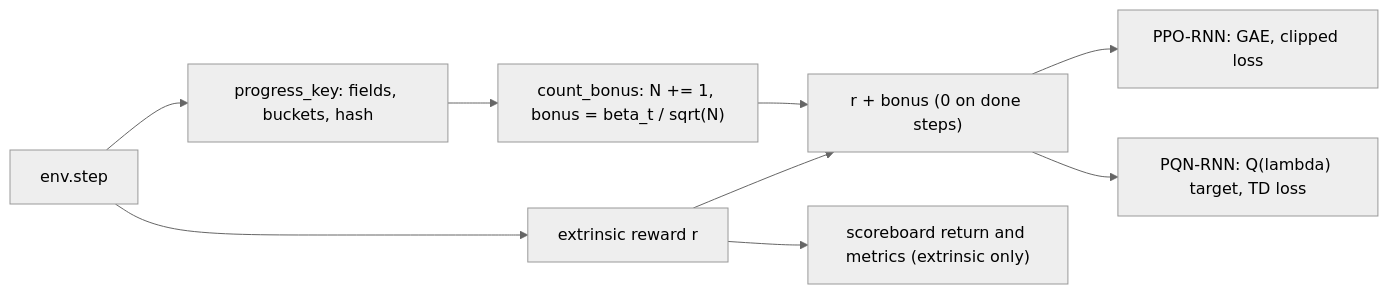
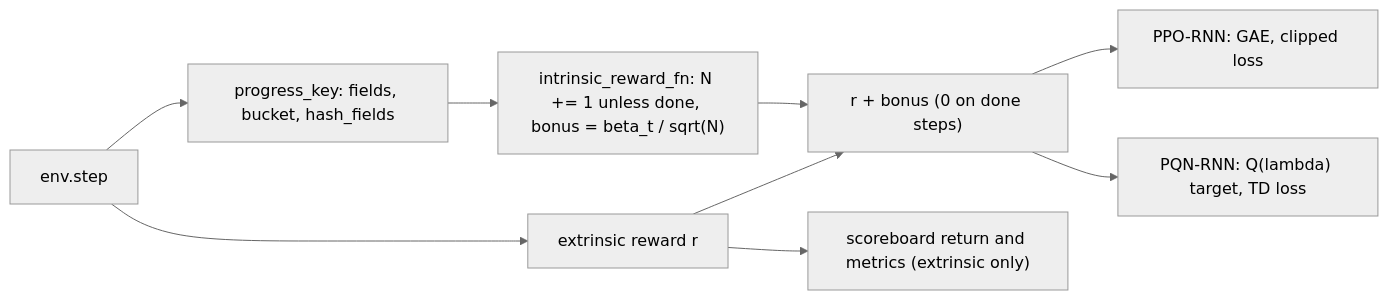
One commit to Pawlo77/rl-craftmax changed the diagram in plans/2026-10-20-craftax-project/2026-10-20-craftax-method-count-bonus.md. Above: the diagram before and after it, drawn with Mermaid (neutral theme). The commit also changed other lines of this file and 27 other files, not shown here.

````diff
--- a/plans/2026-10-20-craftax-project/2026-10-20-craftax-method-count-bonus.md
+++ b/plans/2026-10-20-craftax-project/2026-10-20-craftax-method-count-bonus.md
@@ -34,11 +36,11 @@
 ```mermaid
 flowchart LR
-  ENV["env.step"] --> KEY["progress_key: fields, buckets, hash"]
-  KEY --> CNT["count_bonus: N += 1, bonus = beta_t / sqrt(N)"]
+  ENV["env.step"] --> KEY["progress_key: fields, bucket, hash_fields"]
+  KEY --> CNT["intrinsic_reward_fn: N += 1 unless done, bonus = beta_t / sqrt(N)"]
   ENV --> RW["extrinsic reward r"]
   CNT --> ADD["r + bonus (0 on done steps)"]
   RW --> ADD
   ADD --> PPO["PPO-RNN: GAE, clipped loss"]
   ADD --> PQN["PQN-RNN: Q(lambda) target, TD loss"]
   RW --> LOG["scoreboard return and metrics (extrinsic only)"]
 ```
````
